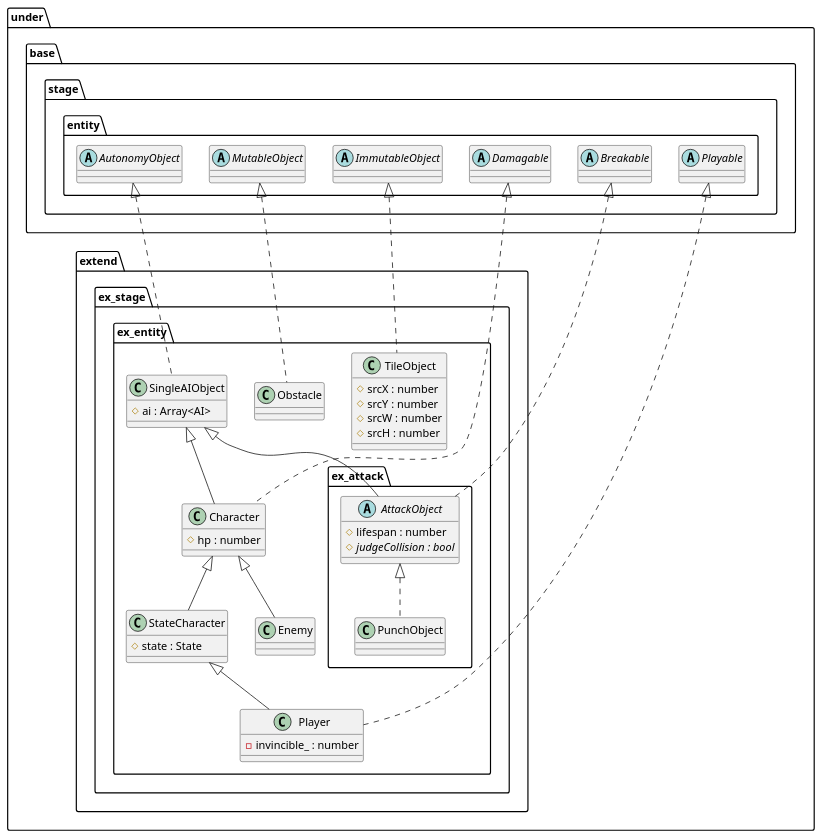
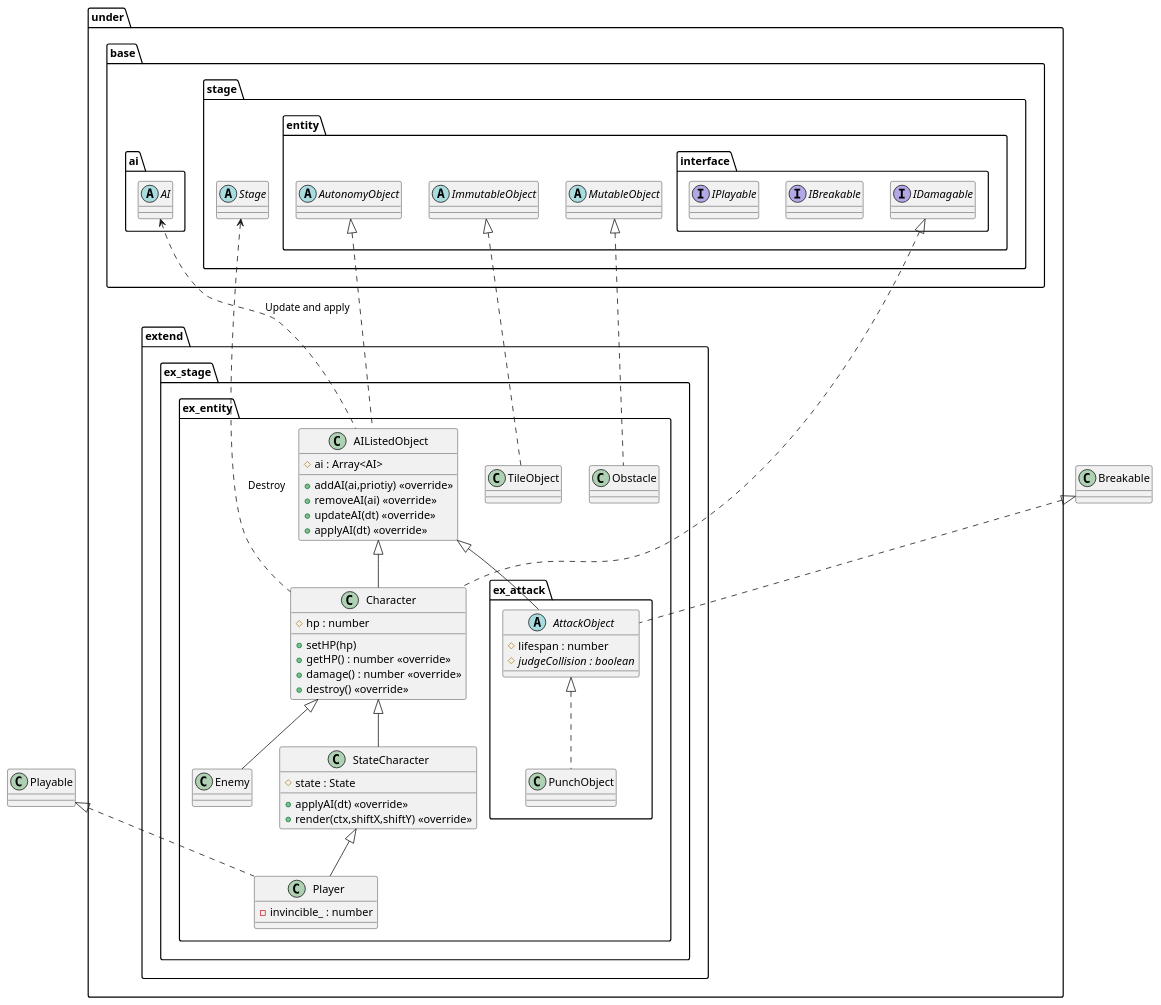
One commit to Expine/Under changed the diagram in uml/entity/Extend.wsd. Above: the diagram before and after it, drawn with PlantUML. The commit also changed 111 other files, not shown here.

Commit message:
Fix entity base uml

```diff
--- a/uml/entity/Extend.wsd
+++ b/uml/entity/Extend.wsd
@@ -1,69 +1,83 @@
 @startuml EntityExtend
 package under {
     package extend {
         package ex_stage {
             package ex_entity {
-                class TileObject {
-                    #srcX : number
-                    #srcY : number
-                    #srcW : number
-                    #srcH : number
-                }
+                class TileObject
                 class Obstacle
-                class SingleAIObject {
+                class AIListedObject {
                     #ai : Array<AI>
+                    +addAI(ai,priotiy) <<override>>
+                    +removeAI(ai) <<override>>
+                    +updateAI(dt) <<override>>
+                    +applyAI(dt) <<override>>
                 }
                 class Character {
                     #hp : number
+                    +setHP(hp)
+                    +getHP() : number <<override>>
+                    +damage() : number <<override>>
+                    +destroy() <<override>>
                 }
                 class StateCharacter {
                     #state : State
+                    +applyAI(dt) <<override>>
+                    +render(ctx,shiftX,shiftY) <<override>>
                 }
                 class Enemy
                 class Player {
                     -invincible_ : number
                 }
 
                 package ex_attack {
                     abstract AttackObject {
                         #lifespan : number
-                        {abstract} #judgeCollision : bool
+                        {abstract} #judgeCollision : boolean
                     }
                     class PunchObject
                 }
             }
         }
     }
 }
 
 package under {
     package base {
+        package ai {
+            abstract AI
+        }
         package stage {
+            abstract Stage
             package entity {
                 abstract ImmutableObject
                 abstract MutableObject
                 abstract AutonomyObject
-                abstract Damagable
-                abstract Breakable
-                abstract Playable
+                package interface {
+                    interface IDamagable
+                    interface IBreakable
+                    interface IPlayable
+                }
             }
         }
     }
 }
 
+AI <.. AIListedObject : Update and apply
+Stage <.. Character : Destroy
+
 ImmutableObject <|.. TileObject
 MutableObject <|.. Obstacle
-AutonomyObject <|.. SingleAIObject
+AutonomyObject <|.. AIListedObject
 
-SingleAIObject <|-- Character
-Damagable <|.. Character
+AIListedObject <|-- Character
+IDamagable <|.. Character
 Character <|-- StateCharacter
 StateCharacter <|-- Player
 Playable <|.. Player
 Character <|-- Enemy
-SingleAIObject <|-- AttackObject
+AIListedObject <|-- AttackObject
 Breakable <|.. AttackObject
 AttackObject <|.. PunchObject
 
 
 @enduml
```
